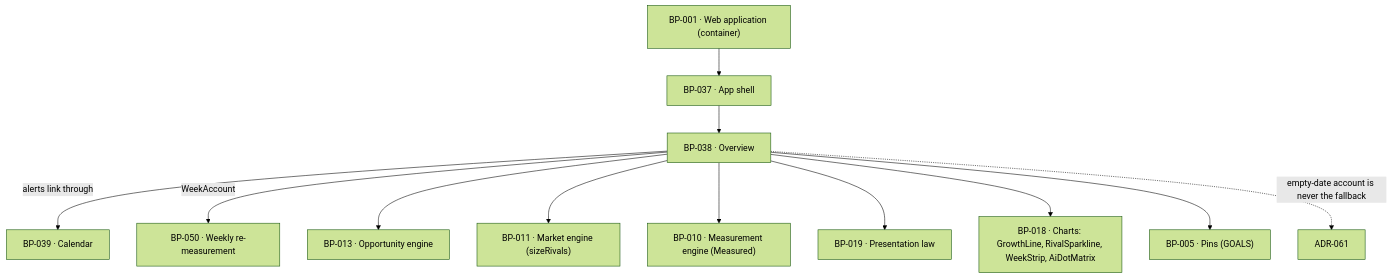
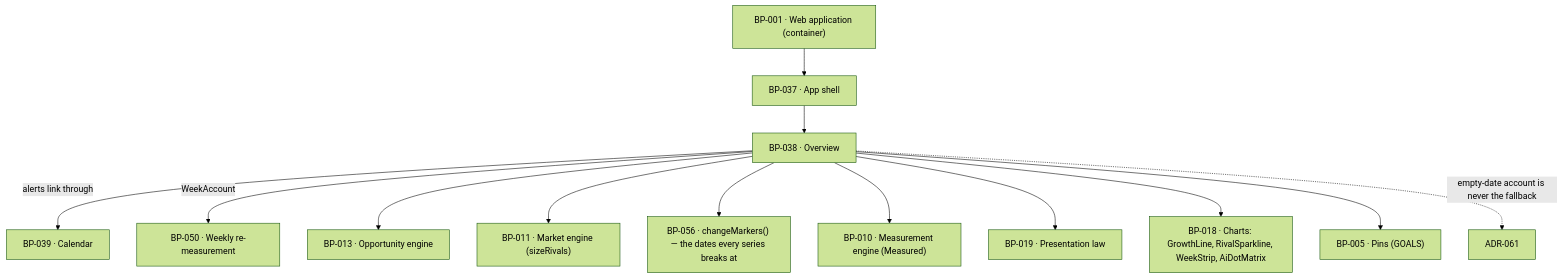
Before and after one commit to tim-clifford6991/reachkitv3: the diagram in sdlc-factory/docs/blueprints/BP-038.md, drawn with Mermaid (forest theme). The commit also changed other lines of this file and 30 other files, not shown here.

First line of the commit message:
feat(blueprints): fold the publish-live rulings into the architecture

````diff
--- a/sdlc-factory/docs/blueprints/BP-038.md
+++ b/sdlc-factory/docs/blueprints/BP-038.md
@@ -40,24 +40,26 @@
 ```mermaid
 graph TD
   BP001["BP-001 · Web application (container)"]
   BP037["BP-037 · App shell"]
   BP038["BP-038 · Overview"]
   BP039["BP-039 · Calendar"]
   BP050["BP-050 · Weekly re-measurement"]
   BP013["BP-013 · Opportunity engine"]
   BP011["BP-011 · Market engine (sizeRivals)"]
+  BP056["BP-056 · changeMarkers() — the dates every series breaks at"]
   BP010["BP-010 · Measurement engine (Measured<T>)"]
   BP019["BP-019 · Presentation law"]
   BP018["BP-018 · Charts: GrowthLine, RivalSparkline, WeekStrip, AiDotMatrix"]
   BP005["BP-005 · Pins (GOALS)"]
   BP001 --> BP037 --> BP038
   BP038 -->|"alerts link through"| BP039
   BP038 -->|"WeekAccount"| BP050
   BP038 --> BP013
   BP038 --> BP011
+  BP038 --> BP056
   BP038 --> BP010
   BP038 --> BP019
   BP038 --> BP018
   BP038 --> BP005
   BP038 -.->|"empty-date account is never the fallback"| ADR061["ADR-061"]
 ```
````
